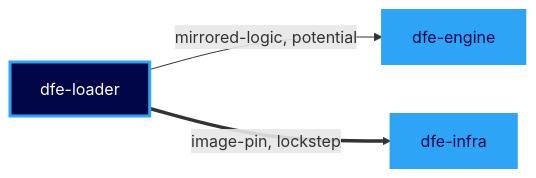
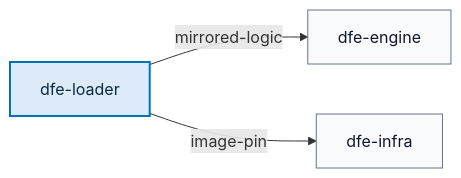
Diagram 13 of 19 in docs/suite-graph.md (hyperi-io/dfe-infra), drawn with Mermaid before and after one commit. The commit also changed other lines of this file and 5 other files, not shown here.

First line of the commit message:
fix(suite-graph): draw the suite diagrams to the diagram standard

````diff
--- a/docs/suite-graph.md
+++ b/docs/suite-graph.md
@@ -293,10 +414,16 @@
 ```mermaid
 flowchart LR
-  dfe_loader["dfe-loader"]:::producer
-  dfe_engine["dfe-engine"]:::suite
-  dfe_loader -->|mirrored-logic, potential| dfe_engine
-  dfe_infra["dfe-infra"]:::suite
-  dfe_loader ==>|image-pin, lockstep| dfe_infra
-  classDef suite fill:#2EA4F6,stroke:#2EA4F6,stroke-width:2px,color:#000647
-  classDef producer fill:#000647,stroke:#2EA4F6,stroke-width:3px,color:#FFFFFF
+    accTitle: L4 Detail -- dfe-loader build cycle
+    accDescr: A dfe-loader release puts 2 consumers in motion. dfe-engine takes mirrored-logic. dfe-infra takes image-pin.
+
+    dfe_loader["dfe-loader"]
+    dfe_engine["dfe-engine"]
+    dfe_infra["dfe-infra"]
+
+    dfe_loader -->|mirrored-logic| dfe_engine
+    dfe_loader -->|image-pin| dfe_infra
+
+    classDef default fill:#F8FAFC,stroke:#64748B,stroke-width:1px,color:#0F172A
+    classDef core fill:#DCEBF7,stroke:#0072B2,stroke-width:2px,color:#0B2A3F
+    class dfe_loader core
 ```
````
